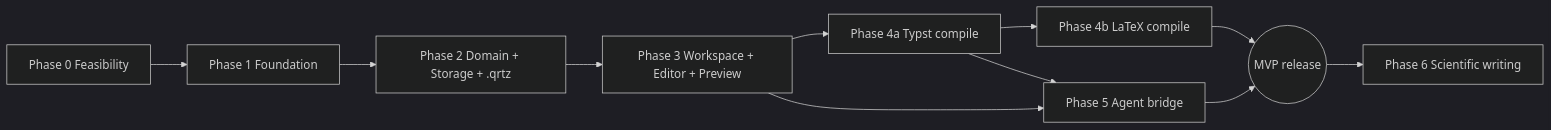
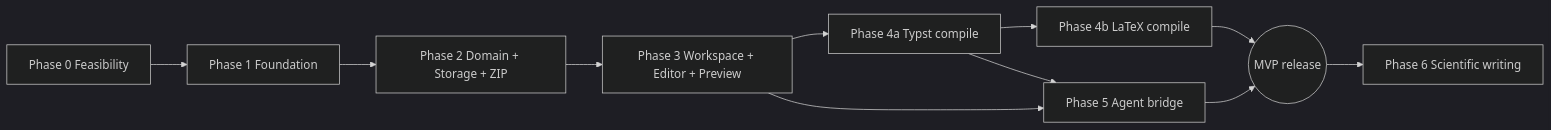
The diagram in docs/roadmap/implementation-plan.md (WesleyMaik/quartz), drawn with Mermaid (dark theme) before and after one commit. The commit also changed other lines of this file and 19 other files, not shown here.

Commit message:
docs(docs): replace the qrtz format with a standard zip

````diff
--- a/docs/roadmap/implementation-plan.md
+++ b/docs/roadmap/implementation-plan.md
@@ -12,13 +12,13 @@
 ```mermaid
 flowchart LR
   P0[Phase 0 Feasibility] --> P1[Phase 1 Foundation]
-  P1 --> P2[Phase 2 Domain + Storage + .qrtz]
+  P1 --> P2[Phase 2 Domain + Storage + ZIP]
   P2 --> P3[Phase 3 Workspace + Editor + Preview]
   P3 --> P4a[Phase 4a Typst compile]
   P4a --> P4b[Phase 4b LaTeX compile]
   P3 --> P5[Phase 5 Agent bridge]
   P4a --> P5
   P4b --> MVP((MVP release))
   P5 --> MVP
   MVP --> P6[Phase 6 Scientific writing]
 ```
````
